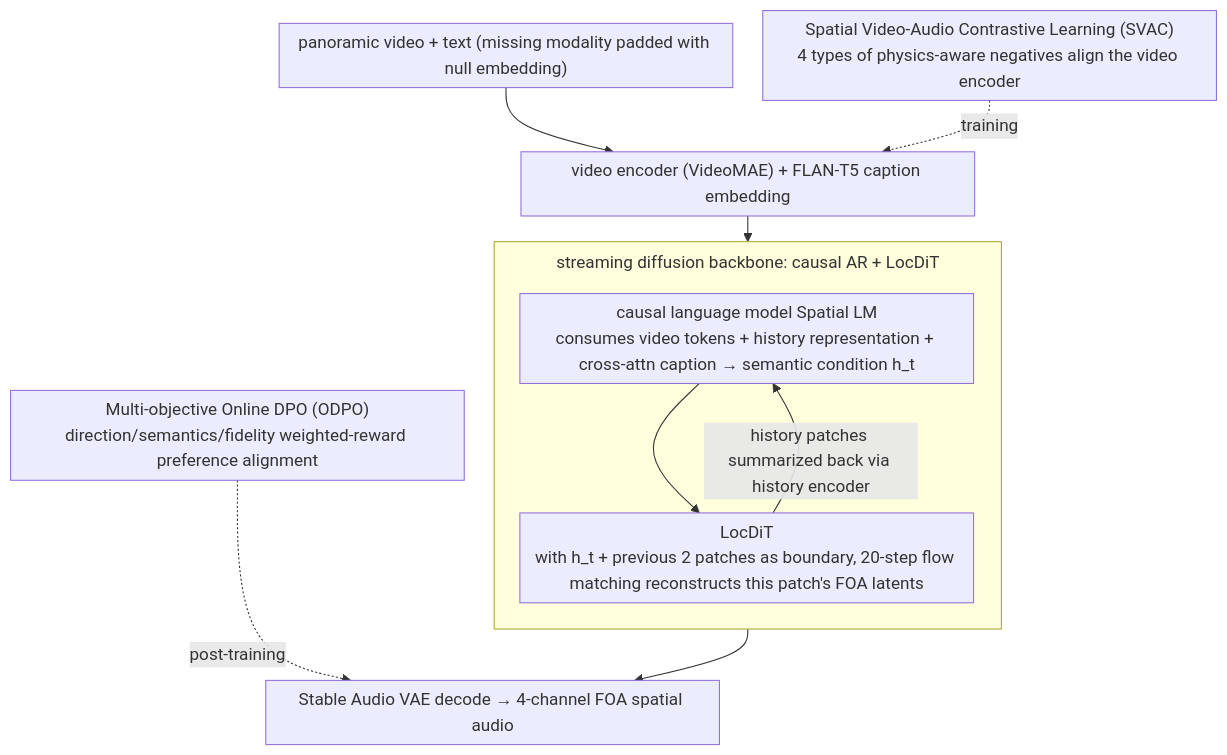
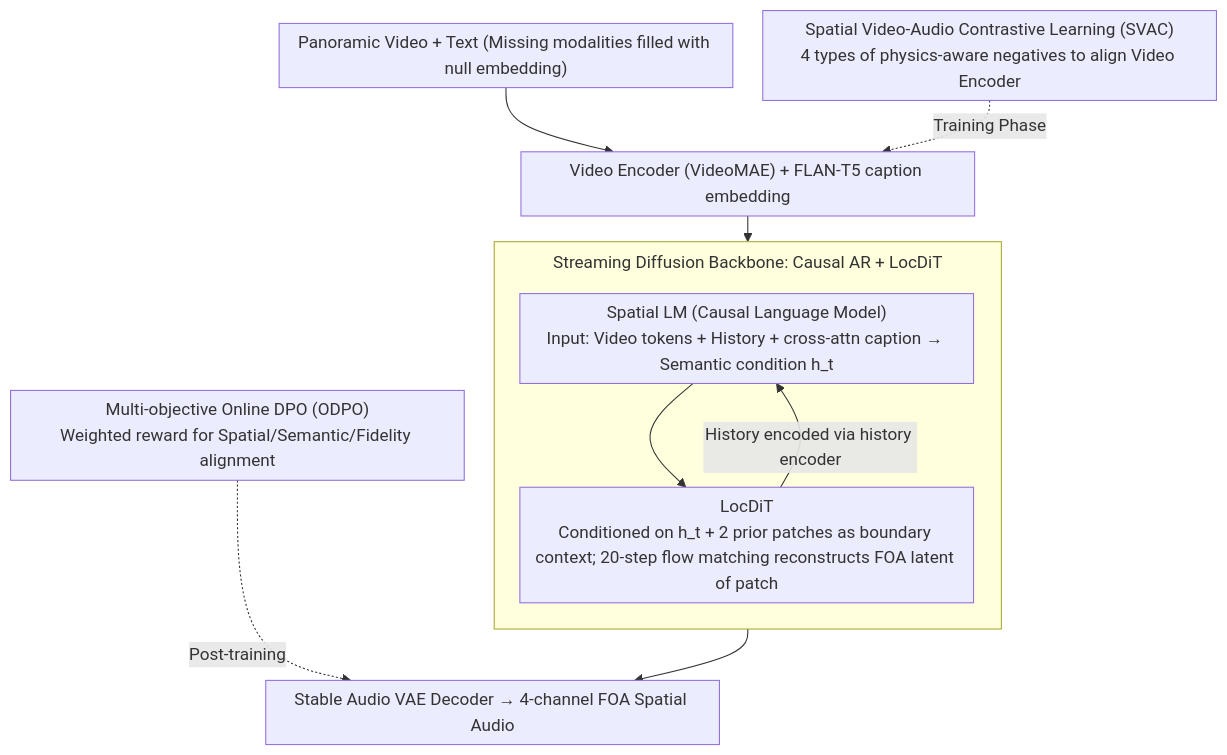
One commit to zhaoyang97/Paper-Notes-en changed the diagram in docs/ICML2026/audio_speech/towards_streaming_synchronized_spatial_audio_generation_via_autoregressive_diffu.md. Above: the diagram before and after it, drawn with Mermaid. The commit also changed other lines of this file and 8366 other files, not shown here.

````diff
--- a/docs/ICML2026/audio_speech/towards_streaming_synchronized_spatial_audio_generation_via_autoregressive_diffu.md
+++ b/docs/ICML2026/audio_speech/towards_streaming_synchronized_spatial_audio_generation_via_autoregressive_diffu.md
@@ -48,16 +43,15 @@
 ```mermaid
 %%{init: {'flowchart': {'rankSpacing': 24, 'nodeSpacing': 28, 'padding': 6, 'wrappingWidth': 400, 'subGraphTitleMargin': {'top': 8, 'bottom': 16}}}}%%
 flowchart TD
-    A["panoramic video + text (missing modality padded with null embedding)"] --> B["video encoder (VideoMAE) + FLAN-T5 caption embedding"]
-    subgraph BK["streaming diffusion backbone: causal AR + LocDiT"]
+    A["Panoramic Video + Text (Missing modalities filled with null embedding)"] --> B["Video Encoder (VideoMAE) + FLAN-T5 caption embedding"]
+    subgraph BK["Streaming Diffusion Backbone: Causal AR + LocDiT"]
         direction TB
-        C["causal language model Spatial LM<br/>consumes video tokens + history representation + cross-attn caption → semantic condition h_t"]
-        C --> D["LocDiT<br/>with h_t + previous 2 patches as boundary, 20-step flow matching reconstructs this patch's FOA latents"]
-        D -->|"history patches summarized back via history encoder"| C
+        C["Spatial LM (Causal Language Model)<br/>Input: Video tokens + History + cross-attn caption → Semantic condition h_t"]
+        C --> D["LocDiT<br/>Conditioned on h_t + 2 prior patches as boundary context; 20-step flow matching reconstructs FOA latent of patch"]
+        D -->|"History encoded via history encoder"| C
     end
     B --> C
-    D --> E["Stable Audio VAE decode → 4-channel FOA spatial audio"]
-    F["Spatial Video-Audio Contrastive Learning (SVAC)<br/>4 types of physics-aware negatives align the video encoder"] -. training .-> B
-    G["Multi-objective Online DPO (ODPO)<br/>direction/semantics/fidelity weighted-reward preference alignment"] -. post-training .-> E
-
+    D --> E["Stable Audio VAE Decoder → 4-channel FOA Spatial Audio"]
+    F["Spatial Video-Audio Contrastive Learning (SVAC)<br/>4 types of physics-aware negatives to align Video Encoder"] -. Training Phase .-> B
+    G["Multi-objective Online DPO (ODPO)<br/>Weighted reward for Spatial/Semantic/Fidelity alignment"] -. Post-training .-> E
 ```
````
